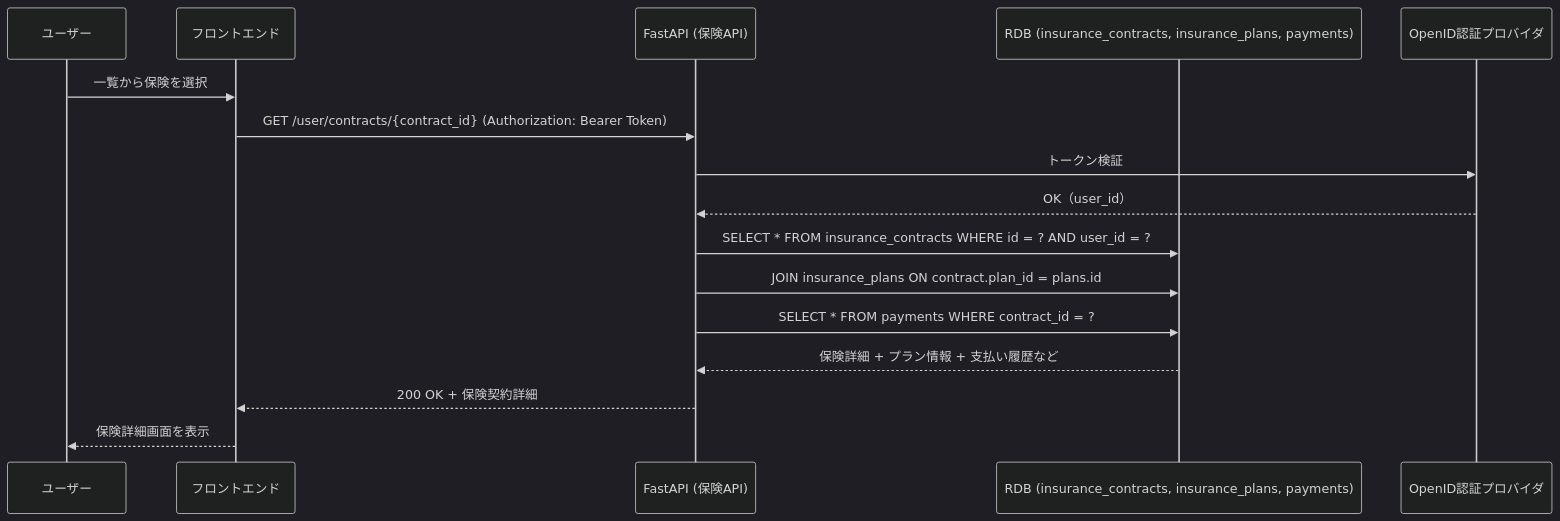
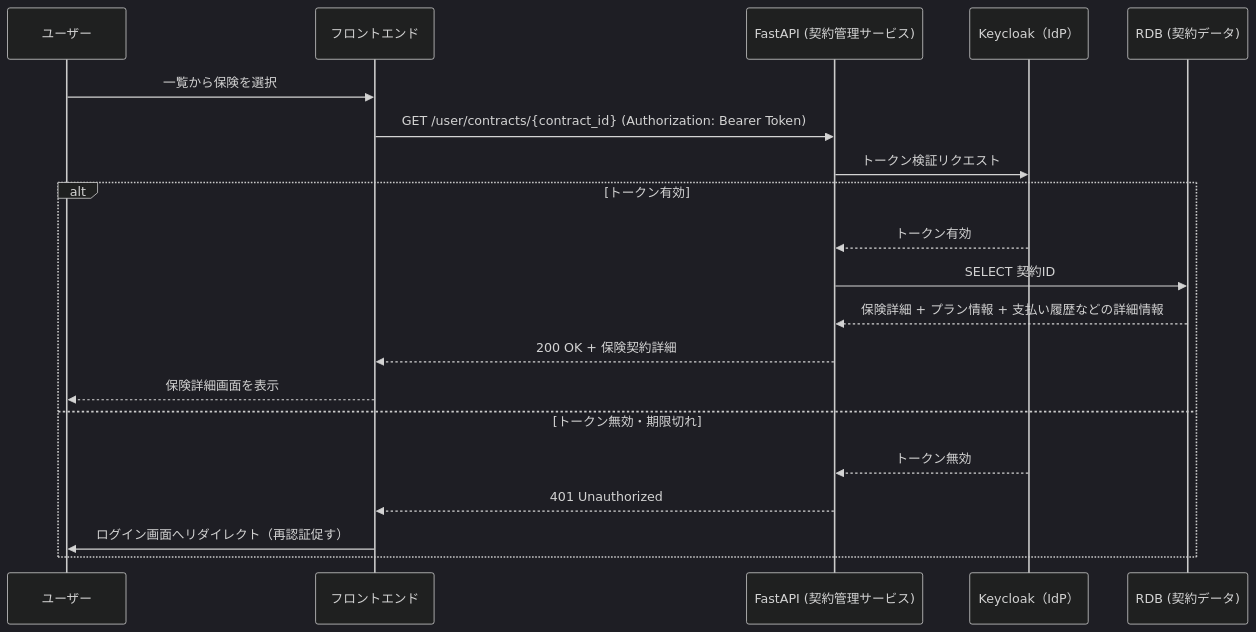
Before and after one commit to Yumapon/microservice_app: the eighth of 10 diagrams in sequence/README.md, drawn with Mermaid (dark theme). The commit also changed other lines of this file and 14 other files, not shown here.

Commit message:
sequence and openapi

````diff
--- a/sequence/README.md
+++ b/sequence/README.md
@@ -139,19 +399,23 @@
 ```mermaid
 sequenceDiagram
     participant User as ユーザー
     participant Frontend as フロントエンド
-    participant API as FastAPI (保険API)
-    participant RDB as RDB (insurance_contracts, insurance_plans, payments)
-    participant Auth as OpenID認証プロバイダ
+    participant API as FastAPI (契約管理サービス)
+    participant Keycloak as Keycloak（IdP）
+    participant RDB as RDB (契約データ)
 
     User->>Frontend: 一覧から保険を選択
     Frontend->>API: GET /user/contracts/{contract_id} (Authorization: Bearer Token)
-    API->>Auth: トークン検証
-    Auth-->>API: OK（user_id）
-    API->>RDB: SELECT * FROM insurance_contracts WHERE id = ? AND user_id = ?
-    API->>RDB: JOIN insurance_plans ON contract.plan_id = plans.id
-    API->>RDB: SELECT * FROM payments WHERE contract_id = ?
-    RDB-->>API: 保険詳細 + プラン情報 + 支払い履歴など
-    API-->>Frontend: 200 OK + 保険契約詳細
-    Frontend-->>User: 保険詳細画面を表示
+    API->>Keycloak: トークン検証リクエスト
+    alt トークン有効
+        Keycloak-->>API: トークン有効
+        API->>RDB: SELECT 契約ID
+        RDB-->>API: 保険詳細 + プラン情報 + 支払い履歴などの詳細情報
+        API-->>Frontend: 200 OK + 保険契約詳細
+        Frontend-->>User: 保険詳細画面を表示
+    else トークン無効・期限切れ
+        Keycloak-->>API: トークン無効
+        API-->>Frontend: 401 Unauthorized
+        Frontend->>User: ログイン画面へリダイレクト（再認証促す）
+    end
 ```
````
